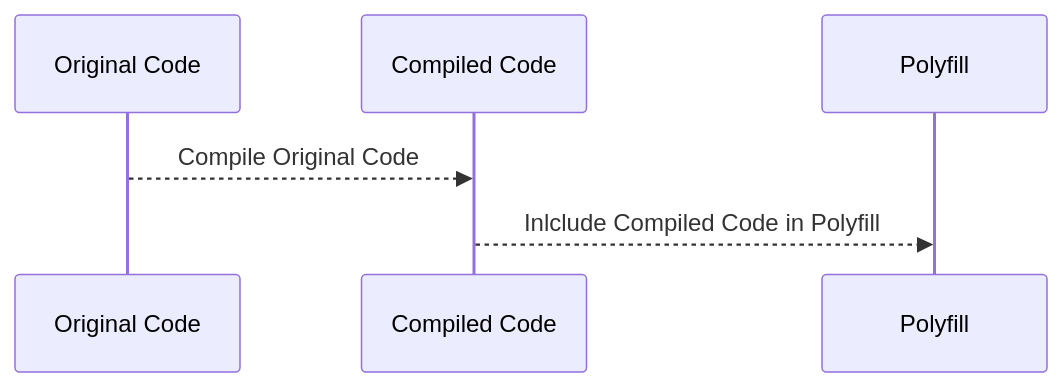
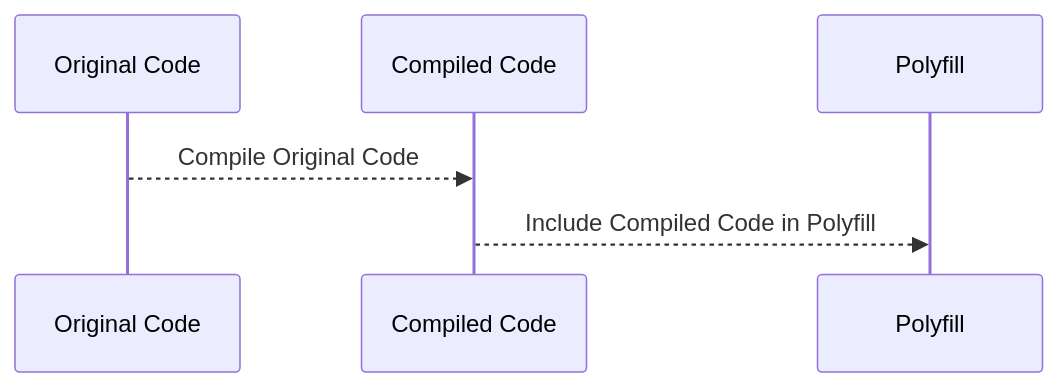
One commit to darkenphp/docs changed the first of 3 diagrams in contents/compile.md. Above: the diagram before and after it, drawn with Mermaid. The commit also changed other lines of this file and 15 other files, not shown here.

```diff
--- a/contents/compile.md
+++ b/contents/compile.md
@@ -13,8 +13,8 @@
 <pre class="mermaid">
 sequenceDiagram
     participant Original Code
     participant Compiled Code
     participant Polyfill
     Original Code-->>Compiled Code: Compile Original Code
-    Compiled Code-->>Polyfill: Inlclude Compiled Code in Polyfill
+    Compiled Code-->>Polyfill: Include Compiled Code in Polyfill
 </pre>
```
